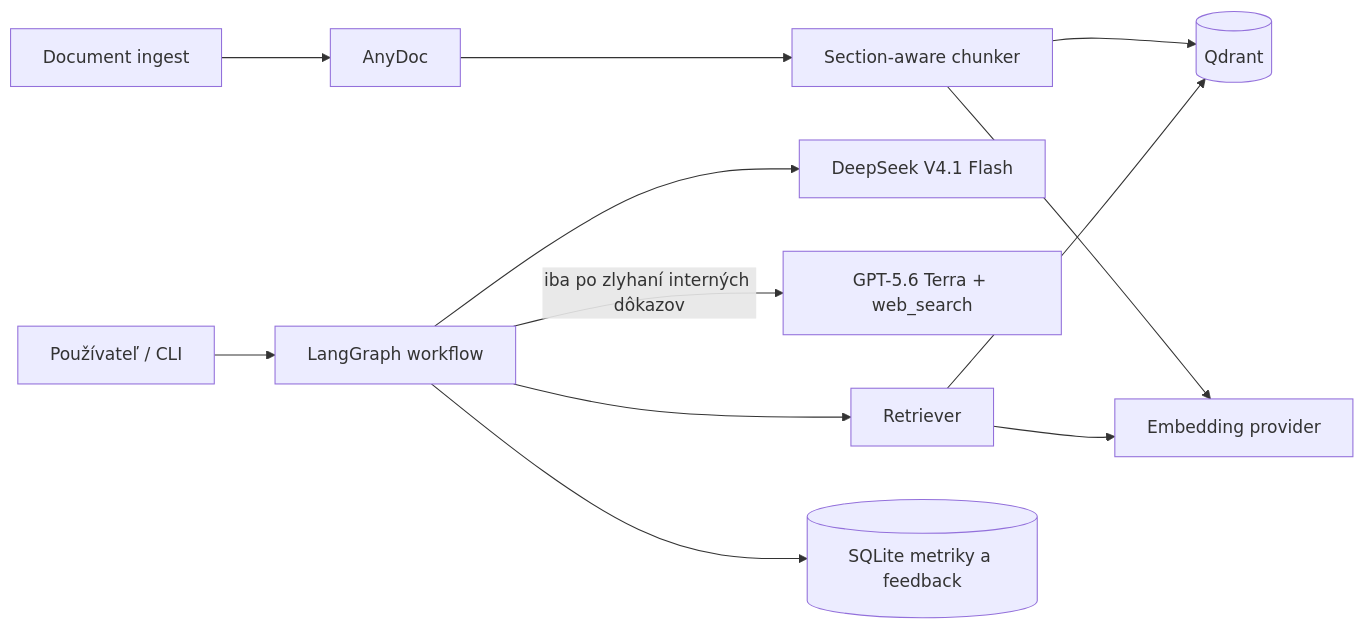
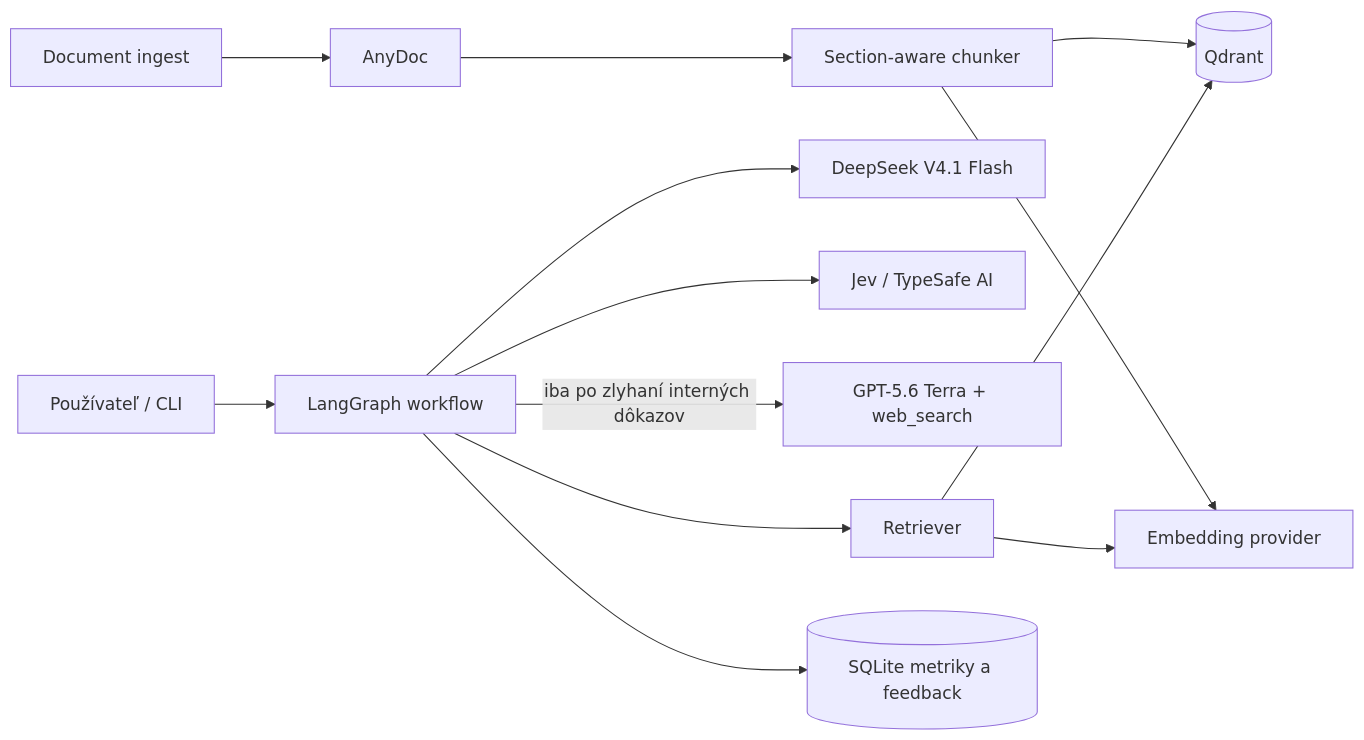
The diagram in README.md (samuelbagin1/doc-ai-assistent), drawn with Mermaid before and after one commit. The commit also changed other lines of this file, not shown here.

Commit message:
feat: document Jev verification and API retries README.md

````diff
--- a/README.md
+++ b/README.md
@@ -61,14 +63,15 @@
 ```mermaid
 flowchart LR
     U[Používateľ / CLI] --> G[LangGraph workflow]
     G --> R[Retriever]
     R --> Q[(Qdrant)]
     R --> E[Embedding provider]
     G --> D[DeepSeek V4.1 Flash]
+    G --> J[Jev / TypeSafe AI]
     G -->|iba po zlyhaní interných dôkazov| W[GPT-5.6 Terra + web_search]
     I[Document ingest] --> A[AnyDoc]
     A --> C[Section-aware chunker]
     C --> E
     C --> Q
     G --> M[(SQLite metriky a feedback)]
 ```
````
